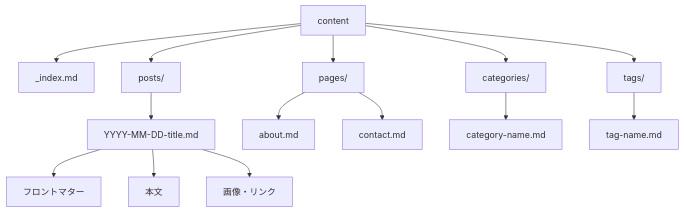
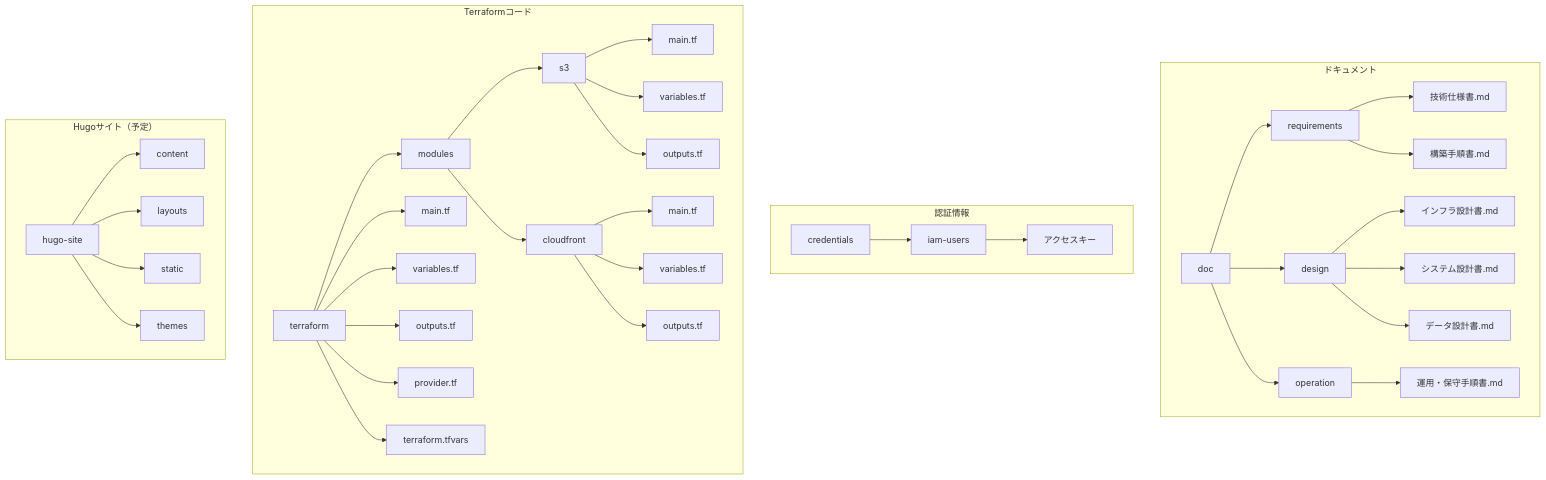
Before and after one commit to kazukifukuyama14/techblog-staging: the diagram in doc/design/データ設計書.md, drawn with Mermaid. The commit also changed other lines of this file and 8 other files, not shown here.

````diff
--- a/doc/design/データ設計書.md
+++ b/doc/design/データ設計書.md
@@ -45,18 +53,43 @@
 ```mermaid
 graph TD
-    A[content] --> B[_index.md]
-    A --> C[posts/]
-    A --> D[pages/]
-    A --> E[categories/]
-    A --> F[tags/]
+    subgraph "ドキュメント"
+        A[doc] --> B[requirements]
+        A --> C[design]
+        A --> D[operation]
+        B --> B1[技術仕様書.md]
+        B --> B2[構築手順書.md]
+        C --> C1[インフラ設計書.md]
+        C --> C2[システム設計書.md]
+        C --> C3[データ設計書.md]
+        D --> D1[運用・保守手順書.md]
+    end
 
-    C --> G[YYYY-MM-DD-title.md]
-    D --> H[about.md]
-    D --> I[contact.md]
-    E --> J[category-name.md]
-    F --> K[tag-name.md]
+    subgraph "認証情報"
+        E[credentials] --> F[iam-users]
+        F --> F1[アクセスキー]
+    end
 
-    G --> L[フロントマター]
-    G --> M[本文]
-    G --> N[画像・リンク]
+    subgraph "Terraformコード"
+        G[terraform] --> H[modules]
+        G --> I[main.tf]
+        G --> J[variables.tf]
+        G --> K[outputs.tf]
+        G --> L[provider.tf]
+        G --> M[terraform.tfvars]
+        H --> N[s3]
+        H --> O[cloudfront]
+        N --> N1[main.tf]
+        N --> N2[variables.tf]
+        N --> N3[outputs.tf]
+        O --> O1[main.tf]
+        O --> O2[variables.tf]
+        O --> O3[outputs.tf]
+    end
+
+    subgraph "Hugoサイト（予定）"
+        P[hugo-site] --> Q[content]
+        P --> R[layouts]
+        P --> S[static]
+        P --> T[themes]
+    end
 ```
````
